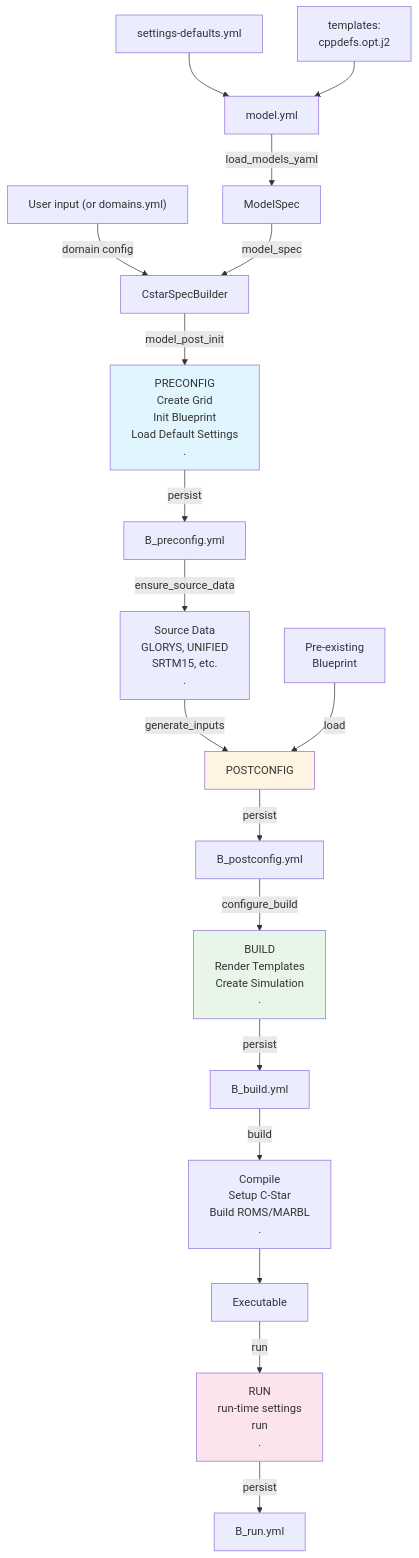
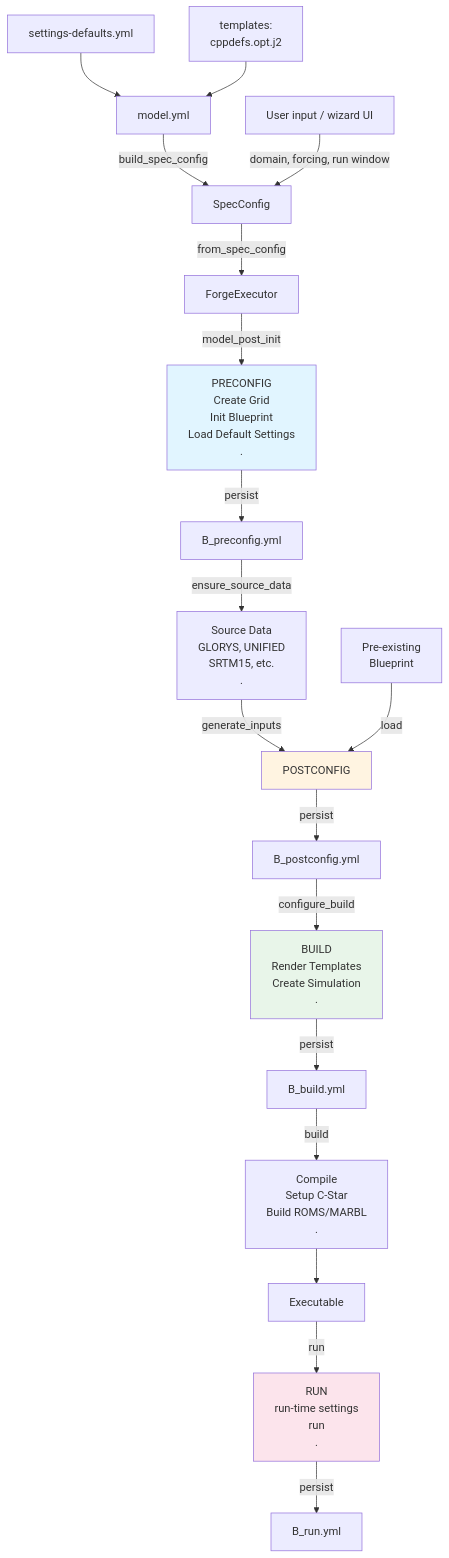
The diagram in forge-import/docs/CStarSpecBuilder-overview.md (CWorthy-ocean/C-Star), drawn with Mermaid before and after one commit. The commit also changed other lines of this file and 21 other files, not shown here.

````diff
--- a/forge-import/docs/CStarSpecBuilder-overview.md
+++ b/forge-import/docs/CStarSpecBuilder-overview.md
@@ -7,33 +12,34 @@
 ```{mermaid}
 flowchart TD
     S[settings-defaults.yml] --> A[model.yml]
     T["templates:<br/>cppdefs.opt.j2"] --> A[model.yml]
-    A -->|load_models_yaml| B[ModelSpec]
+    A -->|build_spec_config| B[SpecConfig]
 
-    C["User input (or domains.yml)"] -->|domain config| D[CstarSpecBuilder]
-    B -->|model_spec| D
-    
+    C["User input / wizard UI"] -->|domain, forcing, run window| B
+
+    B -->|from_spec_config| D[ForgeExecutor]
+
     D -->|model_post_init| E["PRECONFIG<br/>Create Grid<br/>Init Blueprint<br/>Load Default Settings<br/>."]
     E -->|persist| F[B_preconfig.yml]
     
     F -->|ensure_source_data| G["Source Data<br/>GLORYS, UNIFIED<br/>SRTM15, etc.<br/>."]
     
     G -->|generate_inputs| H["POSTCONFIG<br/>"]
     P1[Pre-existing<br/>Blueprint] -->|load| H
     H -->|persist| I[B_postconfig.yml]
     
     I -->|configure_build| J["BUILD<br/>Render Templates<br/>Create Simulation<br/>."]
 
     J -->|persist| K[B_build.yml]
     
     K -->|build| L["Compile<br/>Setup C-Star<br/>Build ROMS/MARBL<br/>."]
     L --> M[Executable]
 
     M -->|run| N["RUN<br/>run-time settings<br/>run<br/>."]
     N -->|persist| O[B_run.yml]
     
     style E fill:#e1f5ff
     style H fill:#fff4e1
     style J fill:#e8f5e9
     style N fill:#fce4ec
 ```
````
